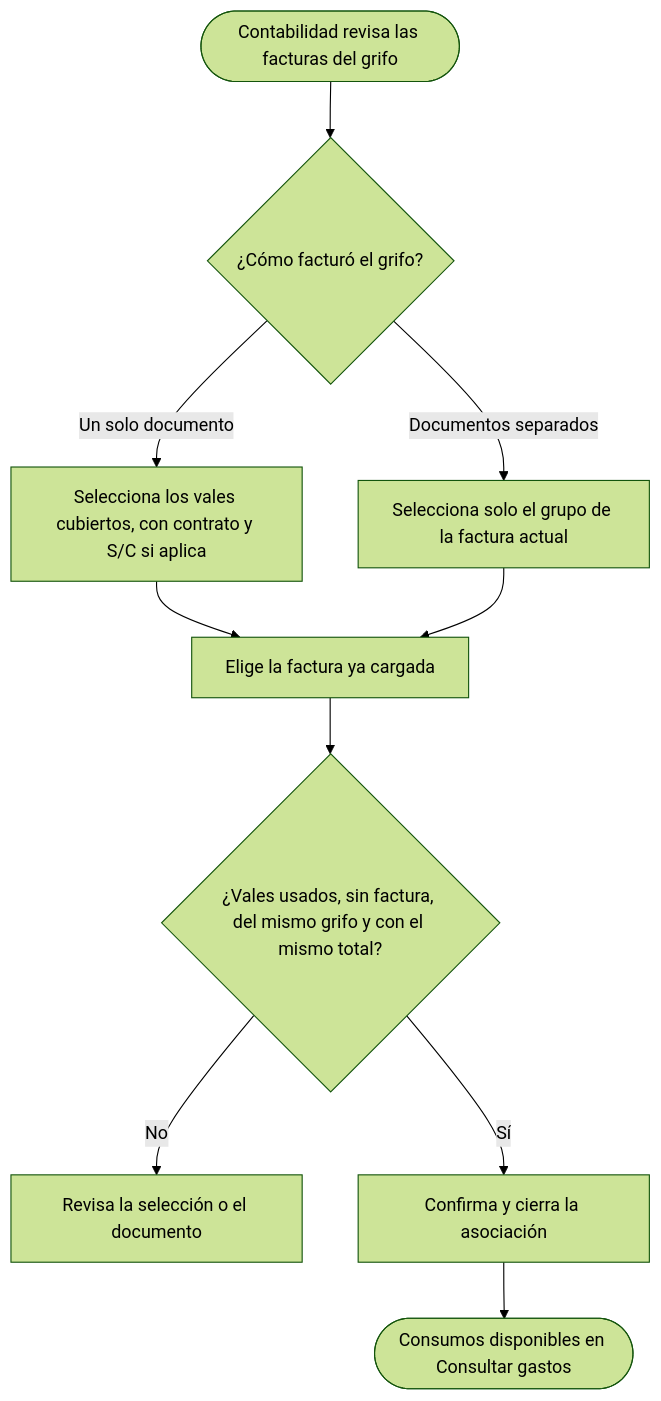
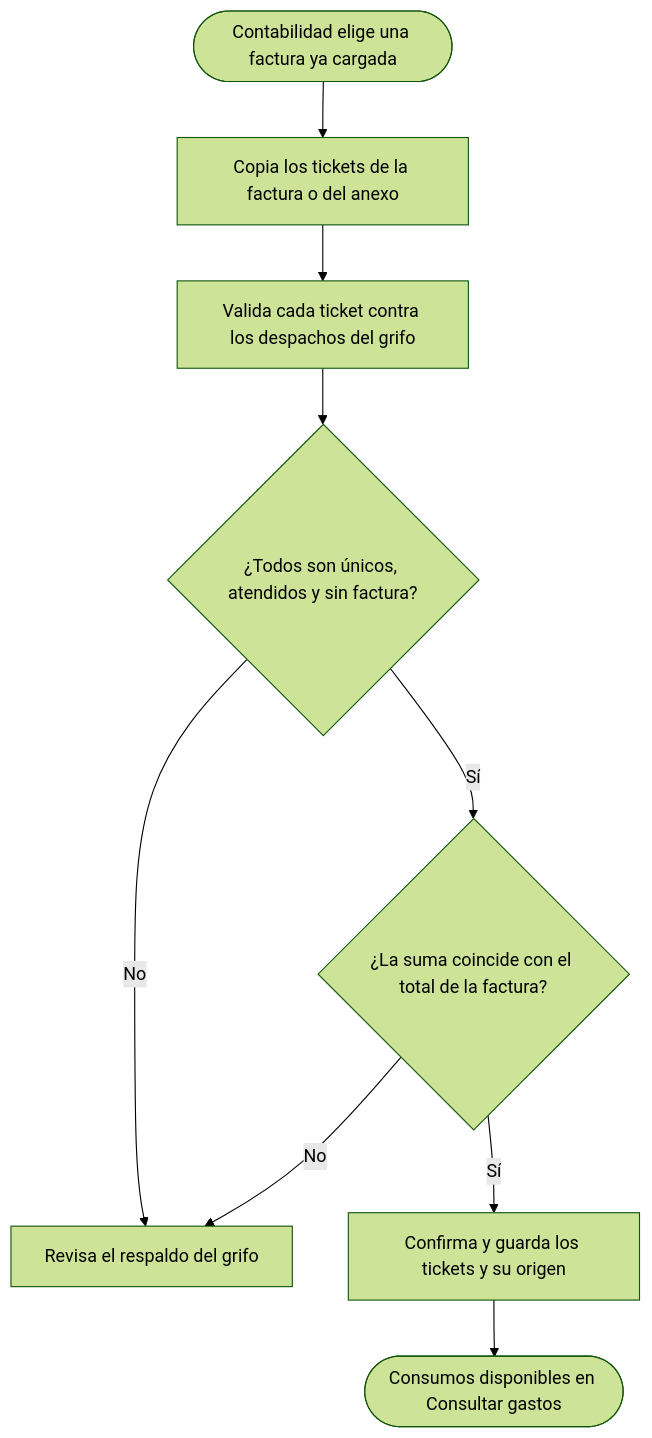
Before and after one commit to alexisgg11/services_vales: the fourth of 7 diagrams in docs/flujos-vales.md, drawn with Mermaid (forest theme). The commit also changed other lines of this file and 35 other files, not shown here.

````diff
--- a/docs/flujos-vales.md
+++ b/docs/flujos-vales.md
@@ -57,12 +67,11 @@
 ```mermaid
 flowchart TD
-    start(["Contabilidad revisa las facturas del grifo"]) --> documents{"¿Cómo facturó el grifo?"}
-    documents -->|"Un solo documento"| combined["Selecciona los vales cubiertos, con contrato y S/C si aplica"]
-    documents -->|"Documentos separados"| separate["Selecciona solo el grupo de la factura actual"]
-    combined --> choose["Elige la factura ya cargada"]
-    separate --> choose
-    choose --> match{"¿Vales usados, sin factura, del mismo grifo y con el mismo total?"}
-    match -->|"No"| correct["Revisa la selección o el documento"]
-    match -->|"Sí"| confirm["Confirma y cierra la asociación"]
+    start(["Contabilidad elige una factura ya cargada"]) --> evidence["Copia los tickets de la factura o del anexo"]
+    evidence --> validate["Valida cada ticket contra los despachos del grifo"]
+    validate --> tickets{"¿Todos son únicos, atendidos y sin factura?"}
+    tickets -->|"No"| correct["Revisa el respaldo del grifo"]
+    tickets -->|"Sí"| match{"¿La suma coincide con el total de la factura?"}
+    match -->|"No"| correct
+    match -->|"Sí"| confirm["Confirma y guarda los tickets y su origen"]
     confirm --> expense(["Consumos disponibles en Consultar gastos"])
 ```
````
